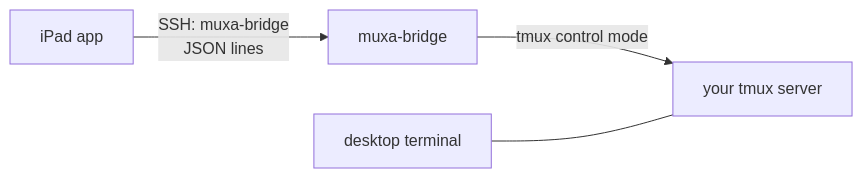
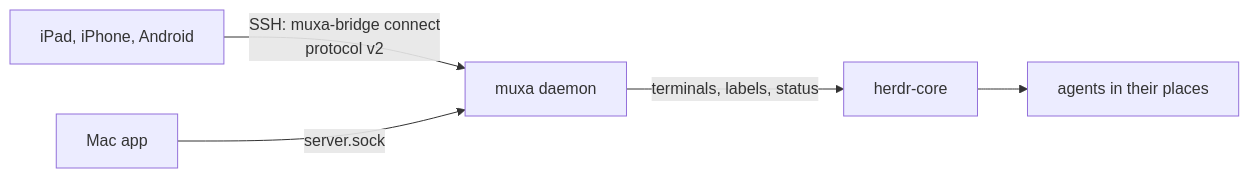
The diagram in README.md (xdgetech/muxa), drawn with Mermaid before and after one commit. The commit also changed other lines of this file and 85 other files, not shown here.

First line of the commit message:
docs: describe muxa on herdr-core only and drop the tmux harness (F5)

````diff
--- a/README.md
+++ b/README.md
@@ -23,6 +16,7 @@
 ```mermaid
 flowchart LR
-  app[iPad app] -- "SSH: muxa-bridge<br/>JSON lines" --> bridge[muxa-bridge]
-  bridge -- "tmux control mode" --> tmux[your tmux server]
-  desk[desktop terminal] --- tmux
+  apps["iPad, iPhone, Android"] -- "SSH: muxa-bridge connect<br/>protocol v2" --> daemon["muxa daemon"]
+  mac["Mac app"] -- "server.sock" --> daemon
+  daemon -- "terminals, labels, status" --> hc["herdr-core"]
+  hc --> agents["agents in their places"]
 ```
````
